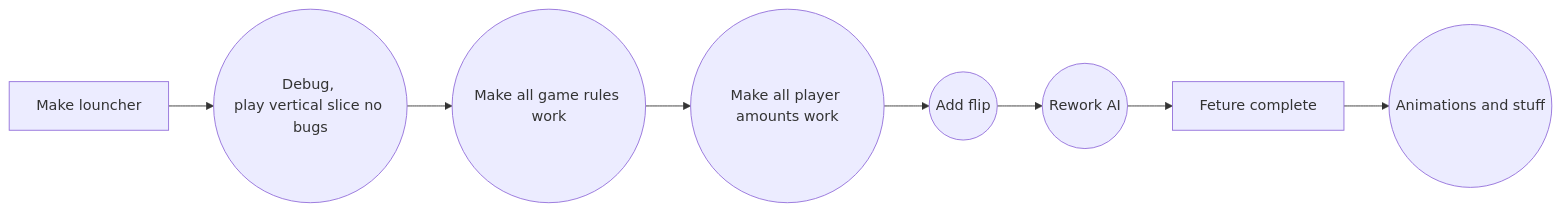
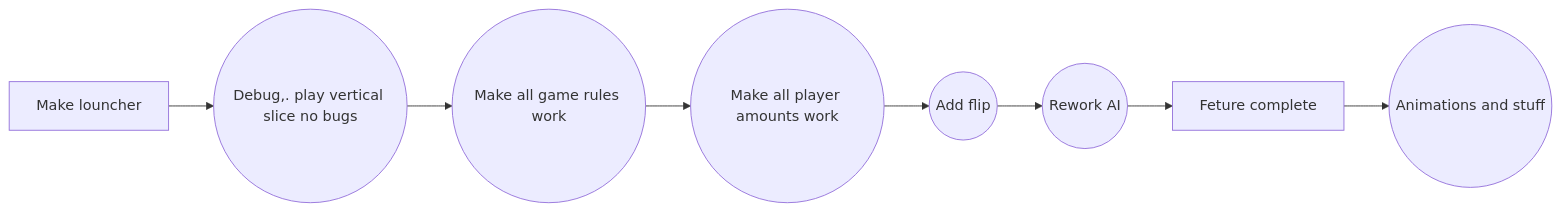
The diagram in README.md (Travis-DV/GamesRepo), drawn with Mermaid before and after one commit.

````diff
--- a/README.md
+++ b/README.md
@@ -3,6 +3,5 @@
 ```mermaid
 graph LR
-A[uno] --> B((Debug, 
-play vertical slice no bugs)) --> C((Make all game rules work)) --> D((Make all player amounts work)) --> E((Add flip)) --> F((Rework AI)) --> G[Feture complete] --> h((Animations and stuff))
+A[uno] --> B((Debug,. play vertical slice no bugs)) --> C((Make all game rules work)) --> D((Make all player amounts work)) --> E((Add flip)) --> F((Rework AI)) --> G[Feture complete] --> h((Animations and stuff))
 A[Make louncher]
 ```
````
